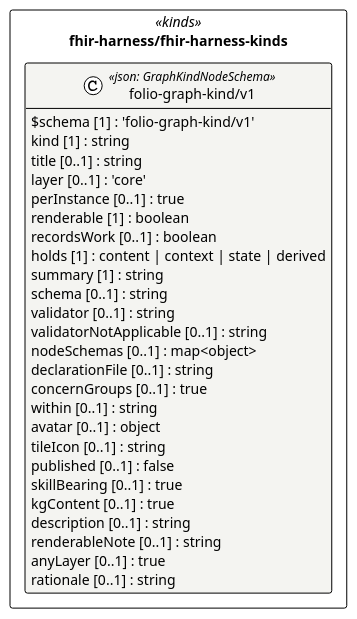
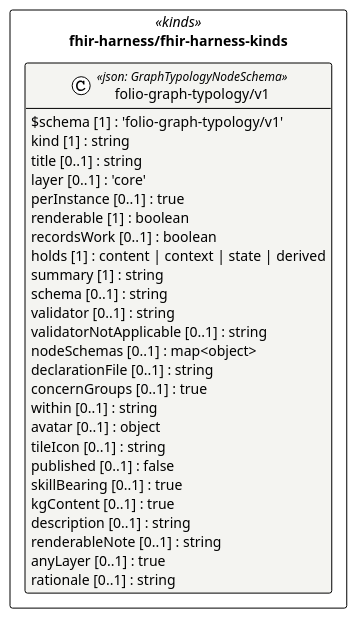
The diagram in cat-harness/uml/overview/fhir-harness/fhir-harness-kinds.puml (litlfred/folio-assistant), drawn with PlantUML before and after one commit. The commit also changed 1369 other files, not shown here.

First line of the commit message:
Rename "graph kind" to "graph typology", everywhere, no alias (#2200)

```diff
--- a/cat-harness/uml/overview/fhir-harness/fhir-harness-kinds.puml
+++ b/cat-harness/uml/overview/fhir-harness/fhir-harness-kinds.puml
@@ -3,39 +3,39 @@
 @startuml fhir_harness_fhir_harness_kinds
 !pragma layout elk
 !theme plain
 skinparam classAttributeIconSize 0
 skinparam shadowing false
 skinparam packageStyle rectangle
 hide empty methods
 
 package "fhir-harness/fhir-harness-kinds" as pkg_fhir_harness_fhir_harness_kinds <<kinds>> {
-  class "folio-graph-kind/v1" as fhir_harness_fhir_harness_kinds_folio_graph_kind_v1_folio_graph_kind_v1 <<json: GraphKindNodeSchema>> #f4f4f1 {
-    $schema [1] : 'folio-graph-kind/v1'
+  class "folio-graph-typology/v1" as fhir_harness_fhir_harness_kinds_folio_graph_typology_v1_folio_graph_typology_v1 <<json: GraphTypologyNodeSchema>> #f4f4f1 {
+    $schema [1] : 'folio-graph-typology/v1'
     kind [1] : string
     title [0..1] : string
     layer [0..1] : 'core'
     perInstance [0..1] : true
     renderable [1] : boolean
     recordsWork [0..1] : boolean
     holds [1] : content | context | state | derived
     summary [1] : string
     schema [0..1] : string
     validator [0..1] : string
     validatorNotApplicable [0..1] : string
     nodeSchemas [0..1] : map<object>
     declarationFile [0..1] : string
     concernGroups [0..1] : true
     within [0..1] : string
     avatar [0..1] : object
     tileIcon [0..1] : string
     published [0..1] : false
     skillBearing [0..1] : true
     kgContent [0..1] : true
     description [0..1] : string
     renderableNote [0..1] : string
     anyLayer [0..1] : true
     rationale [0..1] : string
   }
 }
 
 @enduml
```
